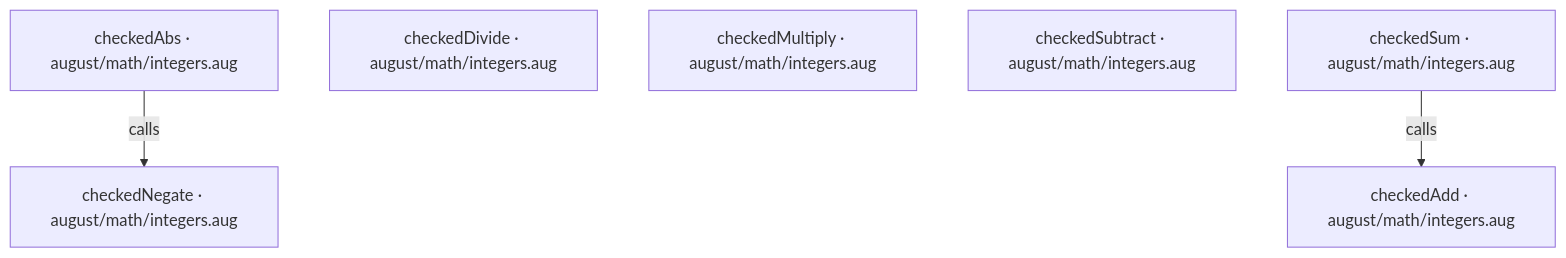
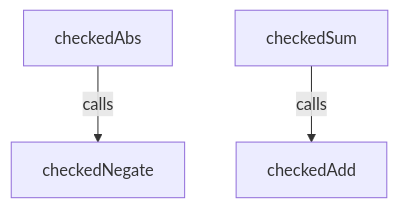
One commit to GreenPandaStudios/augscript changed the first of 8 diagrams in src/stdlib/math/integers.aug.diagrams.md. Above: the diagram before and after it, drawn with Mermaid. The commit also changed other lines of this file and 524 other files, not shown here.

Commit message:
Explain checked data flow at folder and service levels

````diff
--- a/src/stdlib/math/integers.aug.diagrams.md
+++ b/src/stdlib/math/integers.aug.diagrams.md
@@ -13,12 +11,9 @@
 ```mermaid
 flowchart TD
-    n0["checkedAbs · august/math/integers.aug"]
-    n1["checkedAdd · august/math/integers.aug"]
-    n2["checkedDivide · august/math/integers.aug"]
-    n3["checkedMultiply · august/math/integers.aug"]
-    n4["checkedNegate · august/math/integers.aug"]
-    n5["checkedSubtract · august/math/integers.aug"]
-    n6["checkedSum · august/math/integers.aug"]
-    n0 -->|"calls"| n4
-    n6 -->|"calls"| n1
+    n0["checkedAbs"]
+    n1["checkedAdd"]
+    n2["checkedNegate"]
+    n3["checkedSum"]
+    n0 -->|"calls"| n2
+    n3 -->|"calls"| n1
 ```
````
